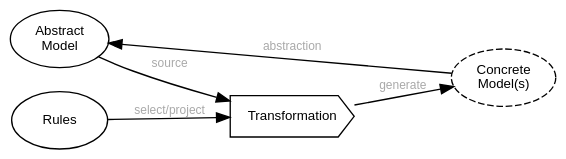
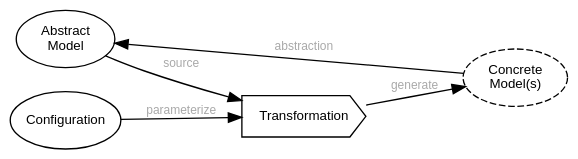
Before and after one commit to sdm-lang/tree-sitter-sdml: the fourth of 5 diagrams in docs/introduction.org, drawn with Graphviz. The commit also changed other lines of this file and 5 other files, not shown here.

```diff
--- a/docs/introduction.org
+++ b/docs/introduction.org
@@ -296,19 +336,19 @@
 #+BEGIN_SRC dot :file model-transforms.svg :exports results
 digraph G {
   bgcolor="transparent";
   rankdir="LR";
   fontname="Helvetica,Arial,sans-serif";
   node [fontname="Helvetica,Arial,sans-serif"; fontsize=10; width=1.0; height=0.6];
   edge [fontname="Helvetica,Arial,sans-serif"; fontsize=9; fontcolor="darkgrey"];
 
   semantics [shape="ellipse"; label="Abstract\nModel"];
   transform [shape="cds"; margin="0.2,0.2"; label="Transformation"];
-  tsq [shape="ellipse"; label="Rules"];
+  config [shape="ellipse"; label="Configuration"];
   other [shape="ellipse"; style="dashed"; label="Concrete\nModel(s)"];
 
   semantics -> transform [label="source"];
-  tsq -> transform [label="select/project"];
+  config -> transform [label="parameterize"];
   transform -> other [label="generate"];
   other -> semantics [label="abstraction"];
 }
 #+END_SRC
```
